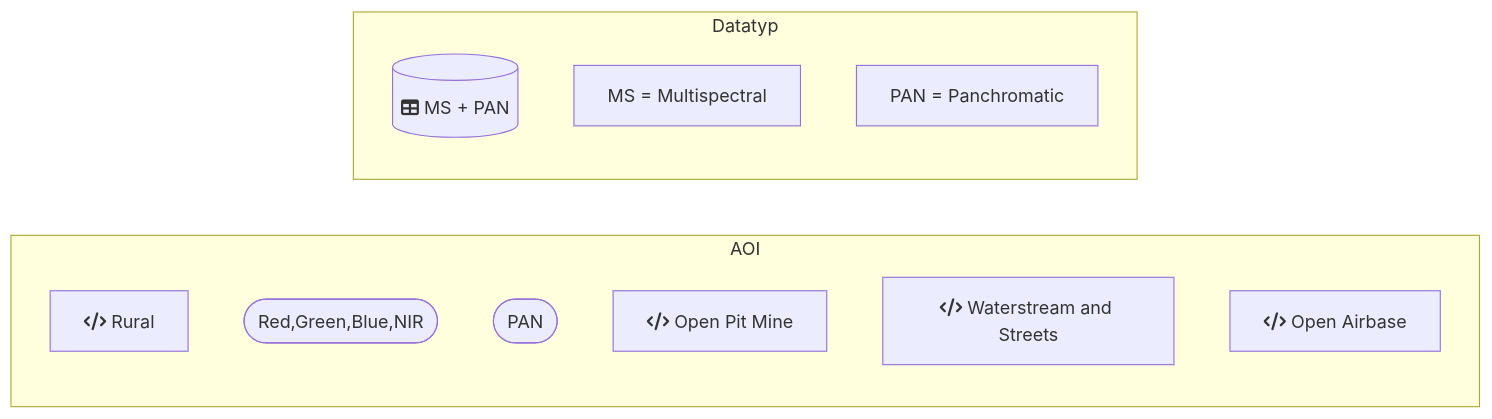
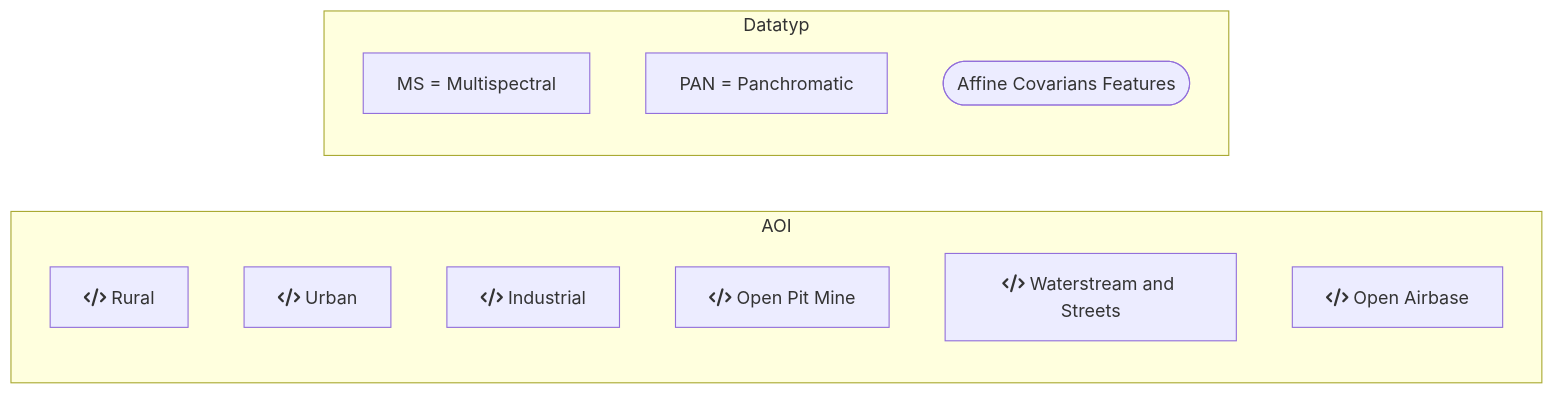
Before and after one commit to DippoldEJ/Feature-Detection-and-Explanation: the diagram in Application/README.md, drawn with Mermaid.

````diff
--- a/Application/README.md
+++ b/Application/README.md
@@ -13,22 +13,20 @@
 ```mermaid
 flowchart LR;
 
 subgraph AOI
     a[fa:fa-code Rural]
     b[fa:fa-code Urban]
     c[fa:fa-code Industrial]
     d[fa:fa-code Open Pit Mine]
     e[fa:fa-code Waterstream and Streets]
     f[fa:fa-code Open Airbase]
     end
 
  subgraph Datatyp
-        db[(fa:fa-table MS + PAN)]
-        m[MS = Multispectral]
-        p[PAN = Panchromatic]
-        b([Red,Green,Blue,NIR])
-        c([PAN])
+        g[MS = Multispectral]
+        h[PAN = Panchromatic]
+        i([Affine Covarians Features])
     end
 
 
 ```
````
